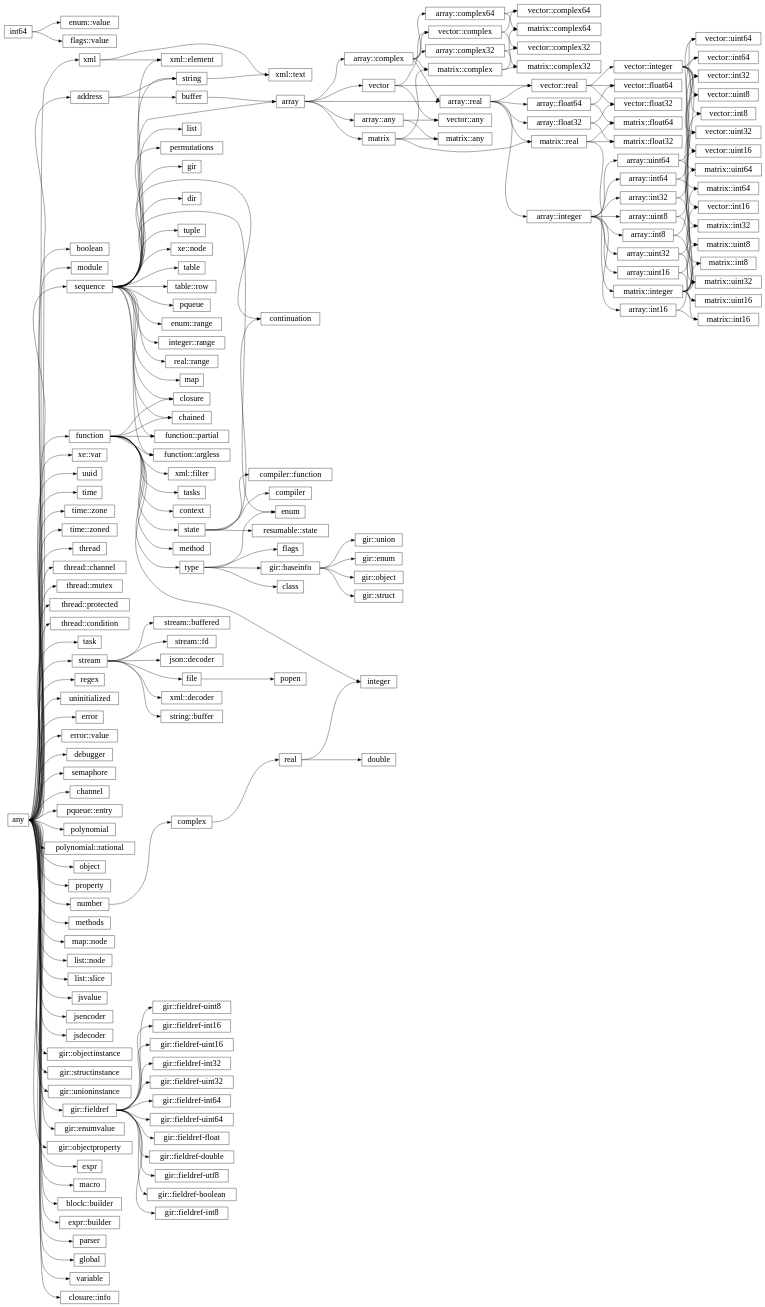
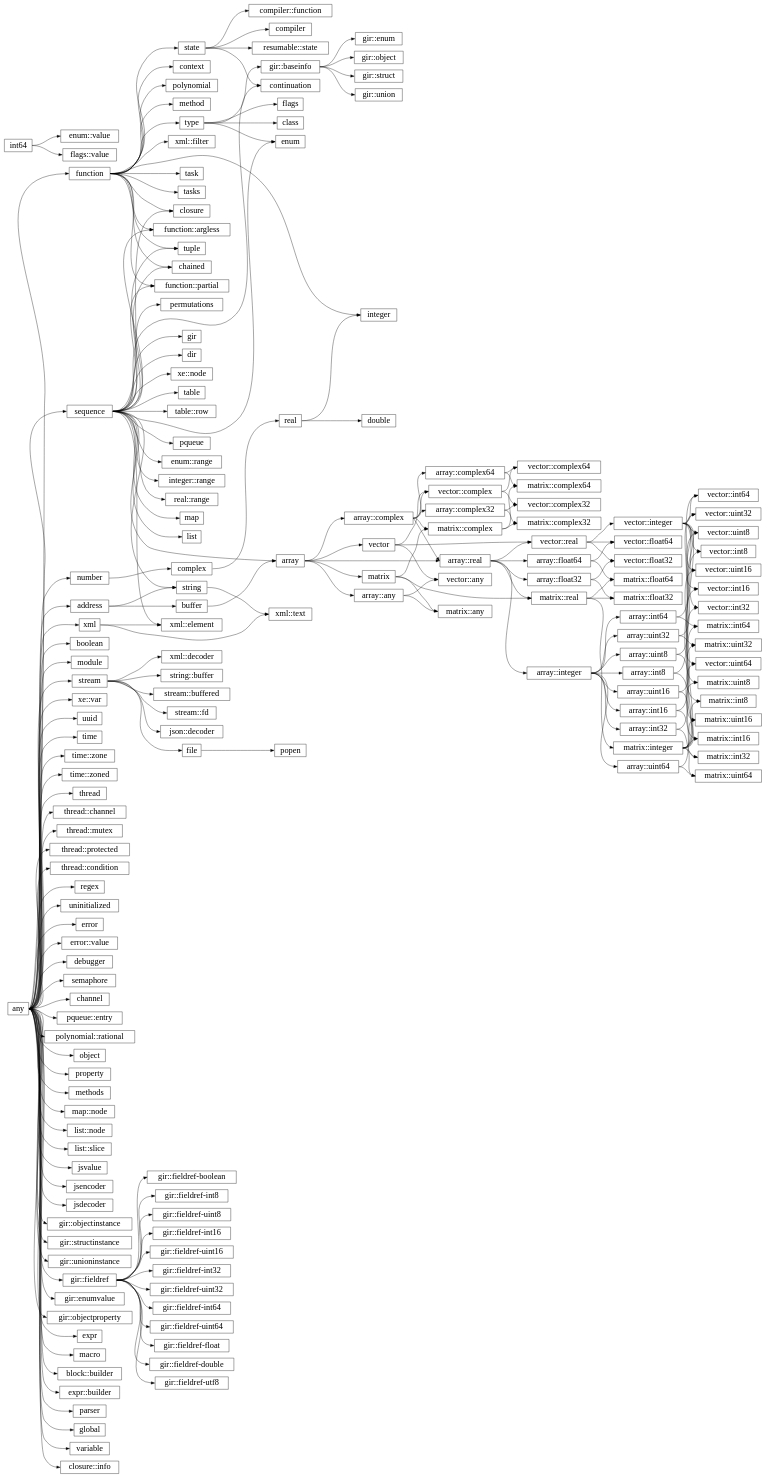
The diagram in docs/library/hierarchy.rst (wrapl/minilang), drawn with Graphviz before and after one commit. The commit also changed 18 other files, not shown here.

```diff
--- a/docs/library/hierarchy.rst
+++ b/docs/library/hierarchy.rst
@@ -19,6 +19,7 @@
       "sequence":e -> "function::partial":w;
       "function":e -> "function::argless":w;
       "sequence":e -> "function::argless":w;
+      "function":e -> "tuple":w;
       "sequence":e -> "tuple":w;
       "any":e -> "boolean":w;
       "any":e -> "module":w;
@@ -40,7 +41,7 @@
       "any":e -> "thread::mutex":w;
       "any":e -> "thread::protected":w;
       "any":e -> "thread::condition":w;
-      "any":e -> "task":w;
+      "function":e -> "task":w;
       "function":e -> "tasks":w;
       "sequence":e -> "table":w;
       "sequence":e -> "table::row":w;
@@ -66,7 +67,7 @@
       "any":e -> "channel":w;
       "any":e -> "pqueue::entry":w;
       "sequence":e -> "pqueue":w;
-      "any":e -> "polynomial":w;
+      "function":e -> "polynomial":w;
       "any":e -> "polynomial::rational":w;
       "any":e -> "object":w;
       "type":e -> "class":w;
```
